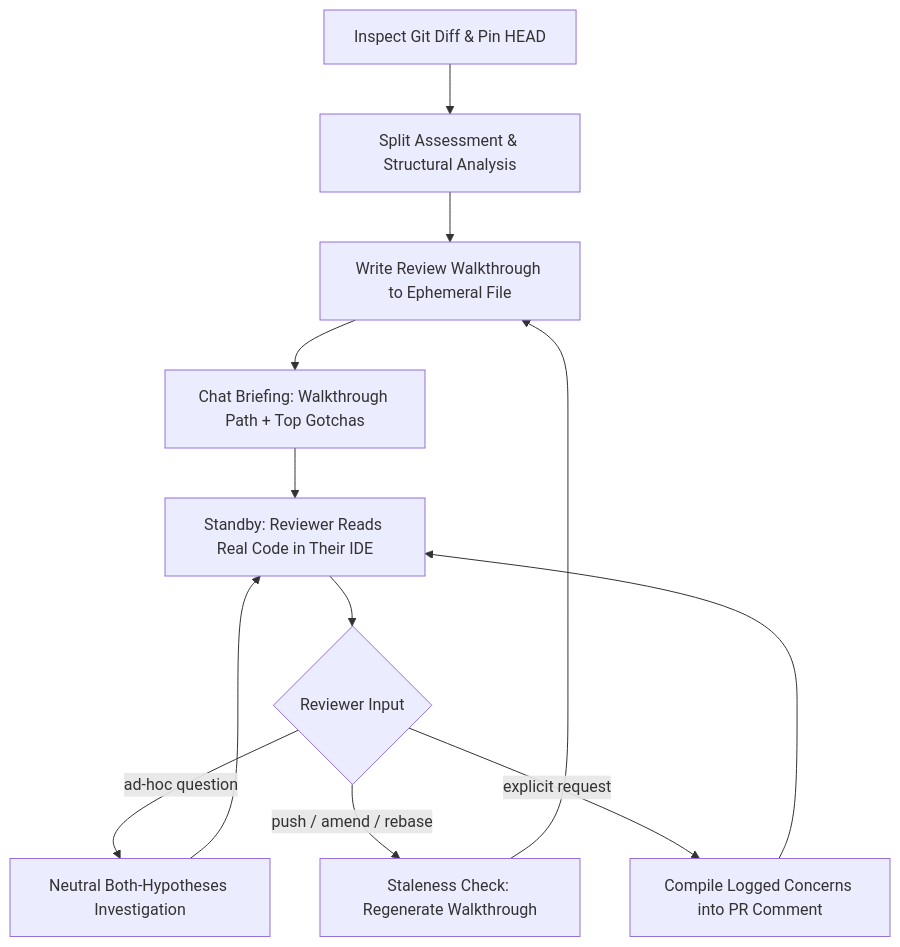
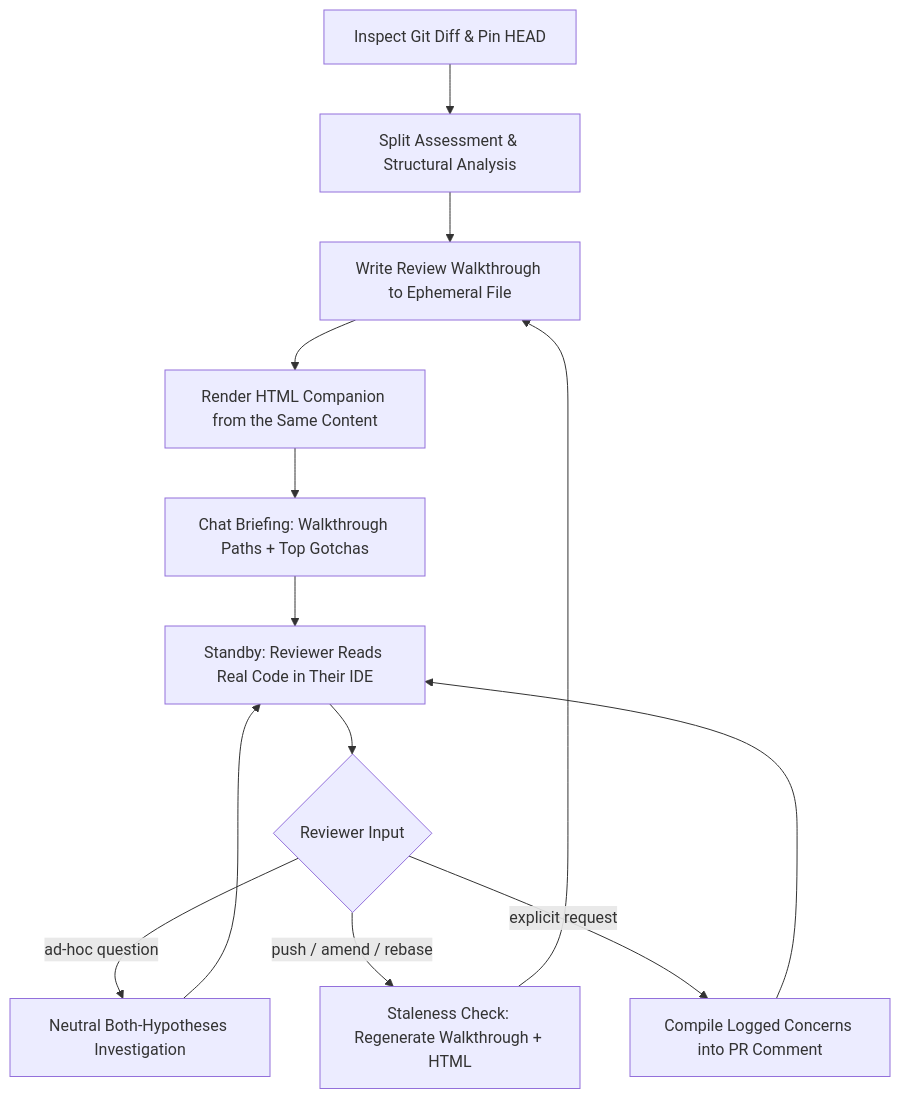
One commit to SMhdAsadi/my-skills changed the diagram in skills/review-walkthrough/README.md. Above: the diagram before and after it, drawn with Mermaid. The commit also changed other lines of this file and 5 other files, not shown here.

Commit message:
feat(review-walkthrough): add HTML companion with editor links and RTL support (v2.2.0)

````diff
--- a/skills/review-walkthrough/README.md
+++ b/skills/review-walkthrough/README.md
@@ -53,14 +79,15 @@
 ```mermaid
 flowchart TD
     A[Inspect Git Diff & Pin HEAD] --> B[Split Assessment & Structural Analysis]
     B --> C[Write Review Walkthrough to Ephemeral File]
-    C --> D[Chat Briefing: Walkthrough Path + Top Gotchas]
+    C --> C2[Render HTML Companion from the Same Content]
+    C2 --> D[Chat Briefing: Walkthrough Paths + Top Gotchas]
     D --> E[Standby: Reviewer Reads Real Code in Their IDE]
     E --> F{Reviewer Input}
     F -- "ad-hoc question" --> G[Neutral Both-Hypotheses Investigation]
     G --> E
-    F -- "push / amend / rebase" --> H[Staleness Check: Regenerate Walkthrough]
+    F -- "push / amend / rebase" --> H[Staleness Check: Regenerate Walkthrough + HTML]
     H --> C
     F -- "explicit request" --> I[Compile Logged Concerns into PR Comment]
     I --> E
 ```
````
